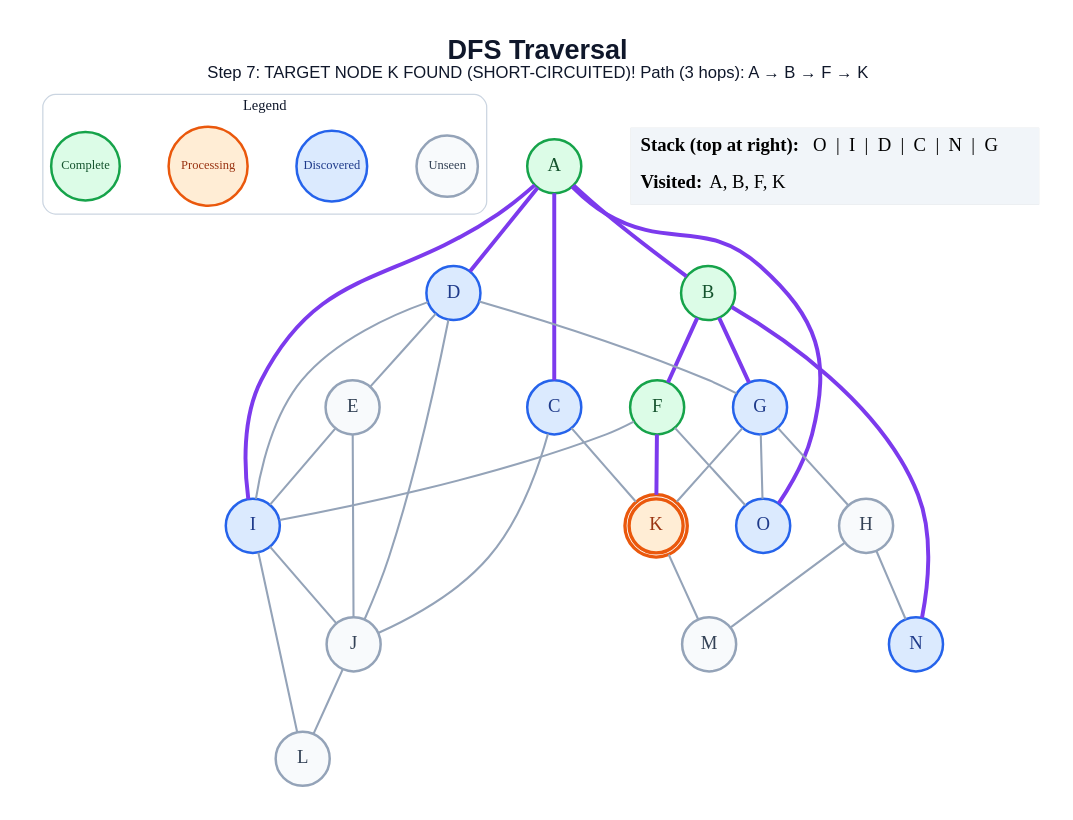
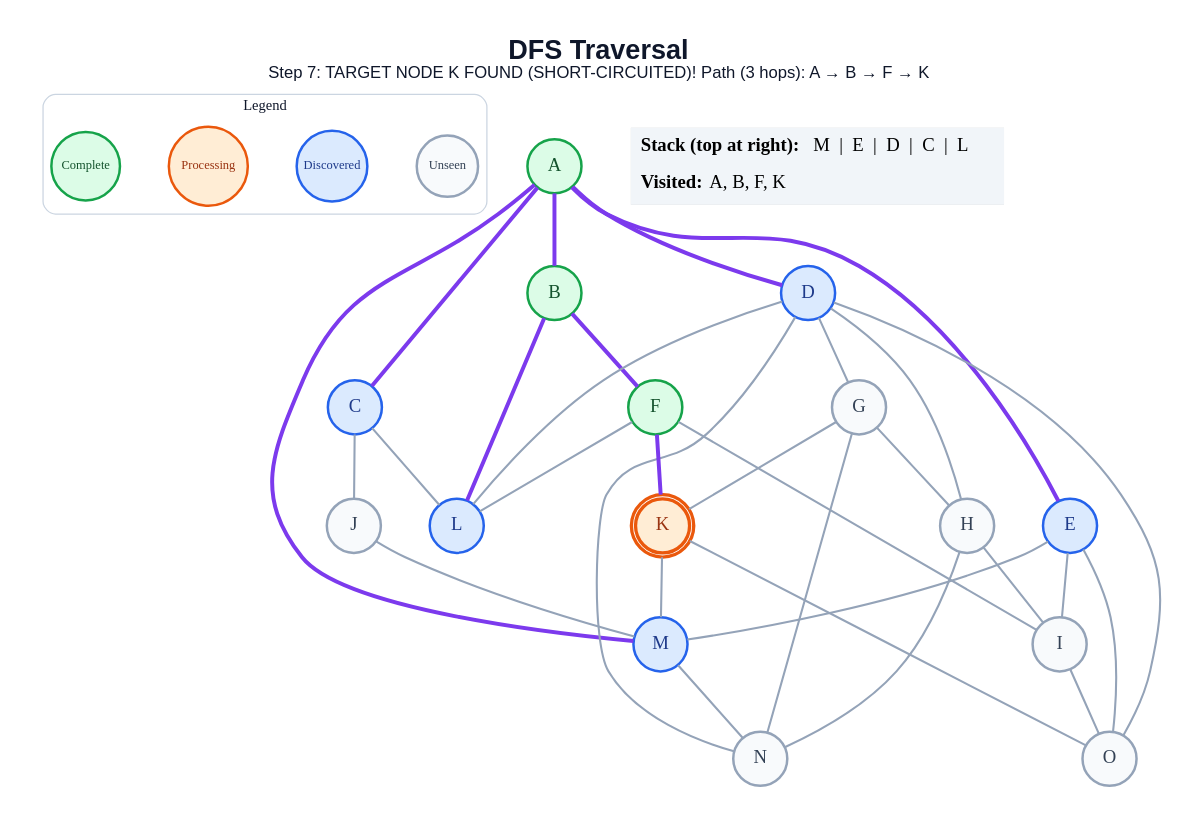
Before and after one commit to anon7238593-create/ai-slop: the diagram in generated/short-circuit/dfs/step_07.dot, drawn with Graphviz. The commit also changed 264 other files, not shown here.

```diff
--- a/generated/short-circuit/dfs/step_07.dot
+++ b/generated/short-circuit/dfs/step_07.dot
@@ -1,62 +1,64 @@
 graph traversal {
   graph [layout=dot, rankdir=TB, bgcolor="#FFFFFF", pad="0.35", nodesep="0.65", ranksep="0.8", fontname="Arial"];
   node [shape=circle, style="filled", fontname="Arial Bold", fontsize=18, width=0.72, fixedsize=true, penwidth=2.4];
   edge [color="#94A3B8", penwidth=2.0];
   label=<<B>DFS Traversal</B><BR/><FONT POINT-SIZE="16">Step 7: TARGET NODE K FOUND (SHORT-CIRCUITED)! Path (3 hops): A → B → F → K</FONT>>; labelloc="t"; fontsize=26; fontname="Arial"; fontcolor="#0F172A";
   subgraph cluster_legend { label="Legend"; color="#CBD5E1"; penwidth=1.2; style="rounded"; fontsize=14; fontname="Arial Bold";
     key_unseen [label="Unseen", fillcolor="#F8FAFC", color="#94A3B8", fontcolor="#334155", fontsize=12, width=0.82];
     key_frontier [label="Discovered", fillcolor="#DBEAFE", color="#2563EB", fontcolor="#1E3A8A", fontsize=12, width=0.95];
     key_current [label="Processing", fillcolor="#FFEDD5", color="#EA580C", fontcolor="#9A3412", fontsize=12, width=1.05];
     key_done [label="Complete", fillcolor="#DCFCE7", color="#16A34A", fontcolor="#14532D", fontsize=12, width=0.92];
     { rank=same; key_unseen; key_frontier; key_current; key_done; }
   }
   A [label="A", fillcolor="#DCFCE7", color="#16A34A", fontcolor="#14532D", peripheries=1, penwidth=2.4];
   B [label="B", fillcolor="#DCFCE7", color="#16A34A", fontcolor="#14532D", peripheries=1, penwidth=2.4];
   C [label="C", fillcolor="#DBEAFE", color="#2563EB", fontcolor="#1E3A8A", peripheries=1, penwidth=2.4];
   D [label="D", fillcolor="#DBEAFE", color="#2563EB", fontcolor="#1E3A8A", peripheries=1, penwidth=2.4];
-  E [label="E", fillcolor="#F8FAFC", color="#94A3B8", fontcolor="#334155", peripheries=1, penwidth=2.4];
+  E [label="E", fillcolor="#DBEAFE", color="#2563EB", fontcolor="#1E3A8A", peripheries=1, penwidth=2.4];
   F [label="F", fillcolor="#DCFCE7", color="#16A34A", fontcolor="#14532D", peripheries=1, penwidth=2.4];
-  G [label="G", fillcolor="#DBEAFE", color="#2563EB", fontcolor="#1E3A8A", peripheries=1, penwidth=2.4];
+  G [label="G", fillcolor="#F8FAFC", color="#94A3B8", fontcolor="#334155", peripheries=1, penwidth=2.4];
   H [label="H", fillcolor="#F8FAFC", color="#94A3B8", fontcolor="#334155", peripheries=1, penwidth=2.4];
-  I [label="I", fillcolor="#DBEAFE", color="#2563EB", fontcolor="#1E3A8A", peripheries=1, penwidth=2.4];
+  I [label="I", fillcolor="#F8FAFC", color="#94A3B8", fontcolor="#334155", peripheries=1, penwidth=2.4];
   J [label="J", fillcolor="#F8FAFC", color="#94A3B8", fontcolor="#334155", peripheries=1, penwidth=2.4];
   K [label="K", fillcolor="#FFEDD5", color="#EA580C", fontcolor="#9A3412", peripheries=2, penwidth=3.2];
-  L [label="L", fillcolor="#F8FAFC", color="#94A3B8", fontcolor="#334155", peripheries=1, penwidth=2.4];
-  M [label="M", fillcolor="#F8FAFC", color="#94A3B8", fontcolor="#334155", peripheries=1, penwidth=2.4];
-  N [label="N", fillcolor="#DBEAFE", color="#2563EB", fontcolor="#1E3A8A", peripheries=1, penwidth=2.4];
-  O [label="O", fillcolor="#DBEAFE", color="#2563EB", fontcolor="#1E3A8A", peripheries=1, penwidth=2.4];
+  L [label="L", fillcolor="#DBEAFE", color="#2563EB", fontcolor="#1E3A8A", peripheries=1, penwidth=2.4];
+  M [label="M", fillcolor="#DBEAFE", color="#2563EB", fontcolor="#1E3A8A", peripheries=1, penwidth=2.4];
+  N [label="N", fillcolor="#F8FAFC", color="#94A3B8", fontcolor="#334155", peripheries=1, penwidth=2.4];
+  O [label="O", fillcolor="#F8FAFC", color="#94A3B8", fontcolor="#334155", peripheries=1, penwidth=2.4];
   A -- B [color="#7C3AED", penwidth=3.8];
   A -- C [color="#7C3AED", penwidth=3.8];
   A -- D [color="#7C3AED", penwidth=3.8];
-  A -- I [color="#7C3AED", penwidth=3.8];
-  A -- O [color="#7C3AED", penwidth=3.8];
+  A -- E [color="#7C3AED", penwidth=3.8];
+  A -- M [color="#7C3AED", penwidth=3.8];
   B -- F [color="#7C3AED", penwidth=3.8];
-  B -- G [color="#7C3AED", penwidth=3.8];
-  B -- N [color="#7C3AED", penwidth=3.8];
+  B -- L [color="#7C3AED", penwidth=3.8];
   C -- J;
-  C -- K;
-  D -- E;
+  C -- L;
   D -- G;
-  D -- I;
-  D -- J;
+  D -- H;
+  D -- L;
+  D -- N;
+  D -- O;
   E -- I;
-  E -- J;
+  E -- M;
+  E -- O;
   F -- I;
   F -- K [color="#7C3AED", penwidth=3.8];
-  F -- O;
+  F -- L;
   G -- H;
   G -- K;
-  G -- O;
-  H -- M;
+  G -- N;
+  H -- I;
   H -- N;
-  I -- J;
-  I -- L;
-  J -- L;
+  I -- O;
+  J -- M;
   K -- M;
+  K -- O;
+  M -- N;
   status [shape=plain, fixedsize=false, width=0, height=0, margin=0, label=<
     <TABLE BORDER="0" CELLBORDER="0" CELLPADDING="7" BGCOLOR="#F1F5F9">
-      <TR><TD ALIGN="LEFT"><B>Stack (top at right):</B> O  |  I  |  D  |  C  |  N  |  G</TD></TR>
+      <TR><TD ALIGN="LEFT"><B>Stack (top at right):</B> M  |  E  |  D  |  C  |  L</TD></TR>
       <TR><TD ALIGN="LEFT"><B>Visited:</B> A, B, F, K</TD></TR>
     </TABLE>
   >];
 }
```
